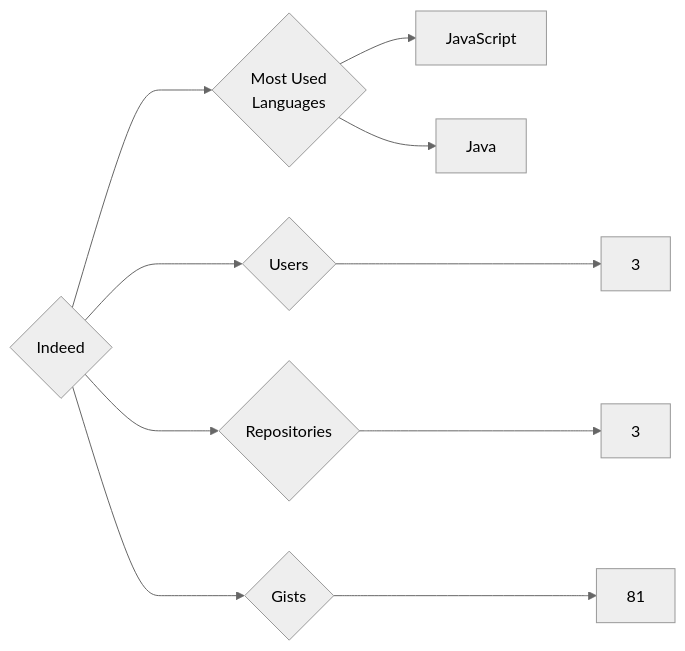
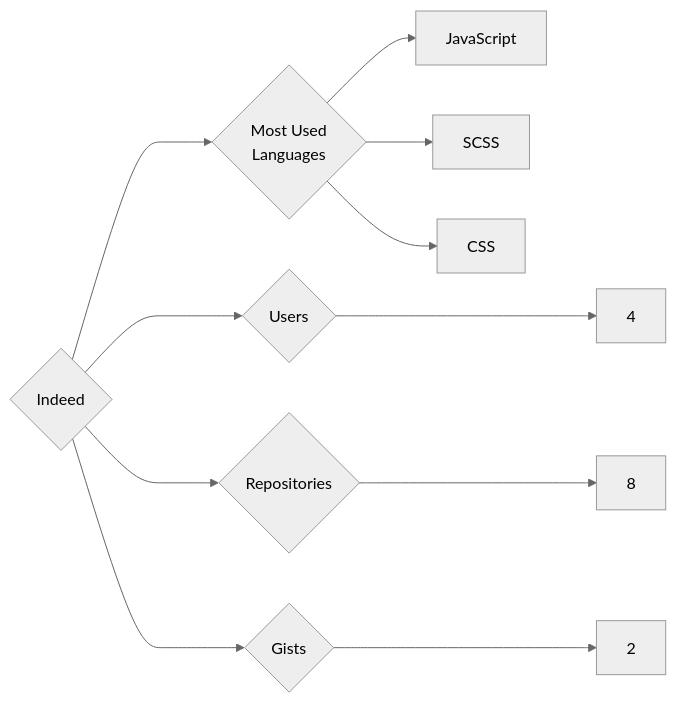
Before and after one commit to trickest/insiders: the diagram in targets/Indeed/README.md, drawn with Mermaid (neutral theme). The commit also changed 953 other files, not shown here.

````diff
--- a/targets/Indeed/README.md
+++ b/targets/Indeed/README.md
@@ -3,10 +3,11 @@
 ```mermaid
 graph LR
 COMPANY_NAME{Indeed}
-COMPANY_NAME ---> U{Users} ---> UN[3]
-COMPANY_NAME ---> R{Repositories} ---> RN[3]
-COMPANY_NAME ---> G{Gists} ---> GN[81]
+COMPANY_NAME ---> U{Users} ---> UN[4]
+COMPANY_NAME ---> R{Repositories} ---> RN[8]
+COMPANY_NAME ---> G{Gists} ---> GN[2]
 COMPANY_NAME ---> ML{Most Used<br>Languages}
 ML --> JavaScript[JavaScript]
-ML --> Java[Java]
+ML --> SCSS[SCSS]
+ML --> CSS[CSS]
 ```
````
